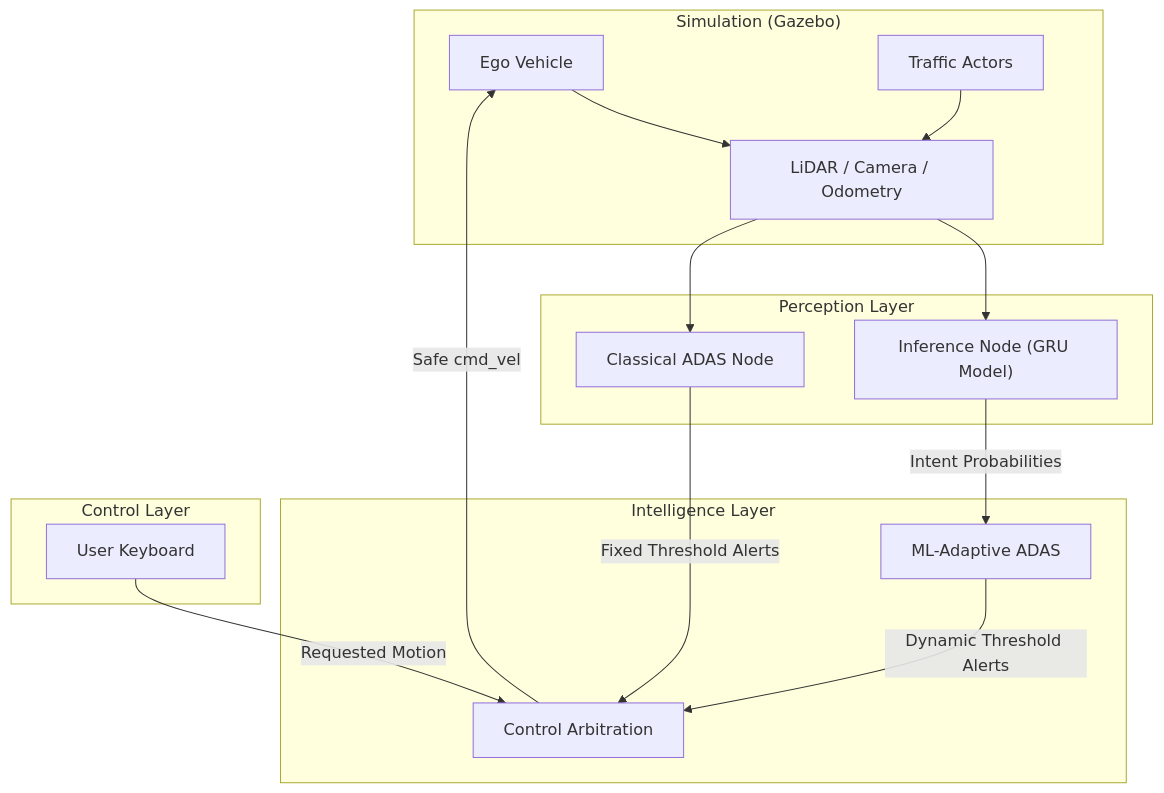
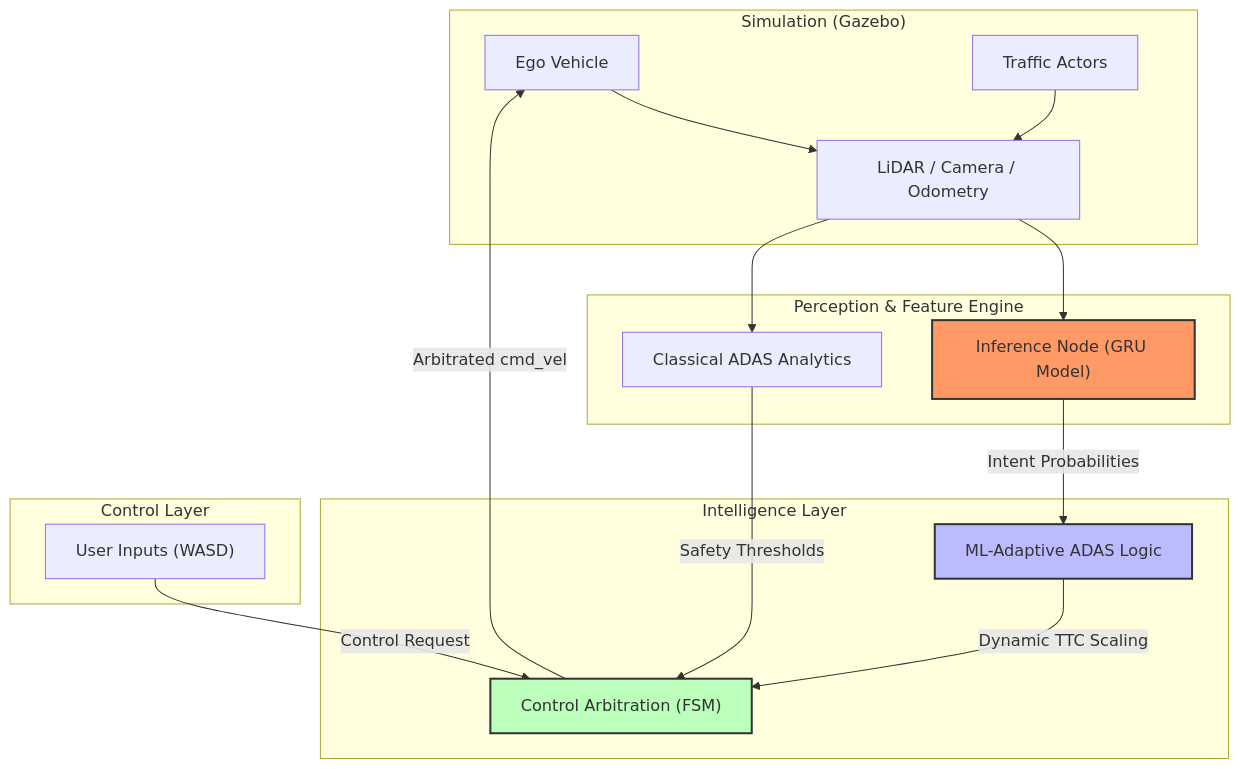
One commit to Aarish-Patel/adas_minor_project changed the diagram in src/adas_project/README.md. Above: the diagram before and after it, drawn with Mermaid. The commit also changed other lines of this file, not shown here.

````diff
--- a/src/adas_project/README.md
+++ b/src/adas_project/README.md
@@ -13,27 +15,27 @@
 ```mermaid
 graph TD
     subgraph "Simulation (Gazebo)"
         V["Ego Vehicle"] --> S["LiDAR / Camera / Odometry"]
         T["Traffic Actors"] --> S
     end
 
-    subgraph "Perception Layer"
+    subgraph "Perception & Feature Engine"
         S --> INF["Inference Node (GRU Model)"]
-        S --> CAD["Classical ADAS Node"]
+        S --> CAD["Classical ADAS Analytics"]
     end
 
     subgraph "Intelligence Layer"
-        INF -- "Intent Probabilities" --> MAD["ML-Adaptive ADAS"]
-        CAD -- "Fixed Threshold Alerts" --> ARB["Control Arbitration"]
-        MAD -- "Dynamic Threshold Alerts" --> ARB
+        INF -- "Intent Probabilities" --> MAD["ML-Adaptive ADAS Logic"]
+        CAD -- "Safety Thresholds" --> ARB["Control Arbitration (FSM)"]
+        MAD -- "Dynamic TTC Scaling" --> ARB
     end
 
     subgraph "Control Layer"
-        ARB -- "Safe cmd_vel" --> V
-        U["User Keyboard"] -- "Requested Motion" --> ARB
+        ARB -- "Arbitrated cmd_vel" --> V
+        U["User Inputs (WASD)"] -- "Control Request" --> ARB
     end
 
-    click INF "scripts/inference_node.py"
-    click MAD "scripts/ml_adas.py"
-    click ARB "scripts/control_arbitration_node.py"
+    style INF fill:#f96,stroke:#333,stroke-width:2px
+    style MAD fill:#bbf,stroke:#333,stroke-width:2px
+    style ARB fill:#bfb,stroke:#333,stroke-width:2px
 ```
````
